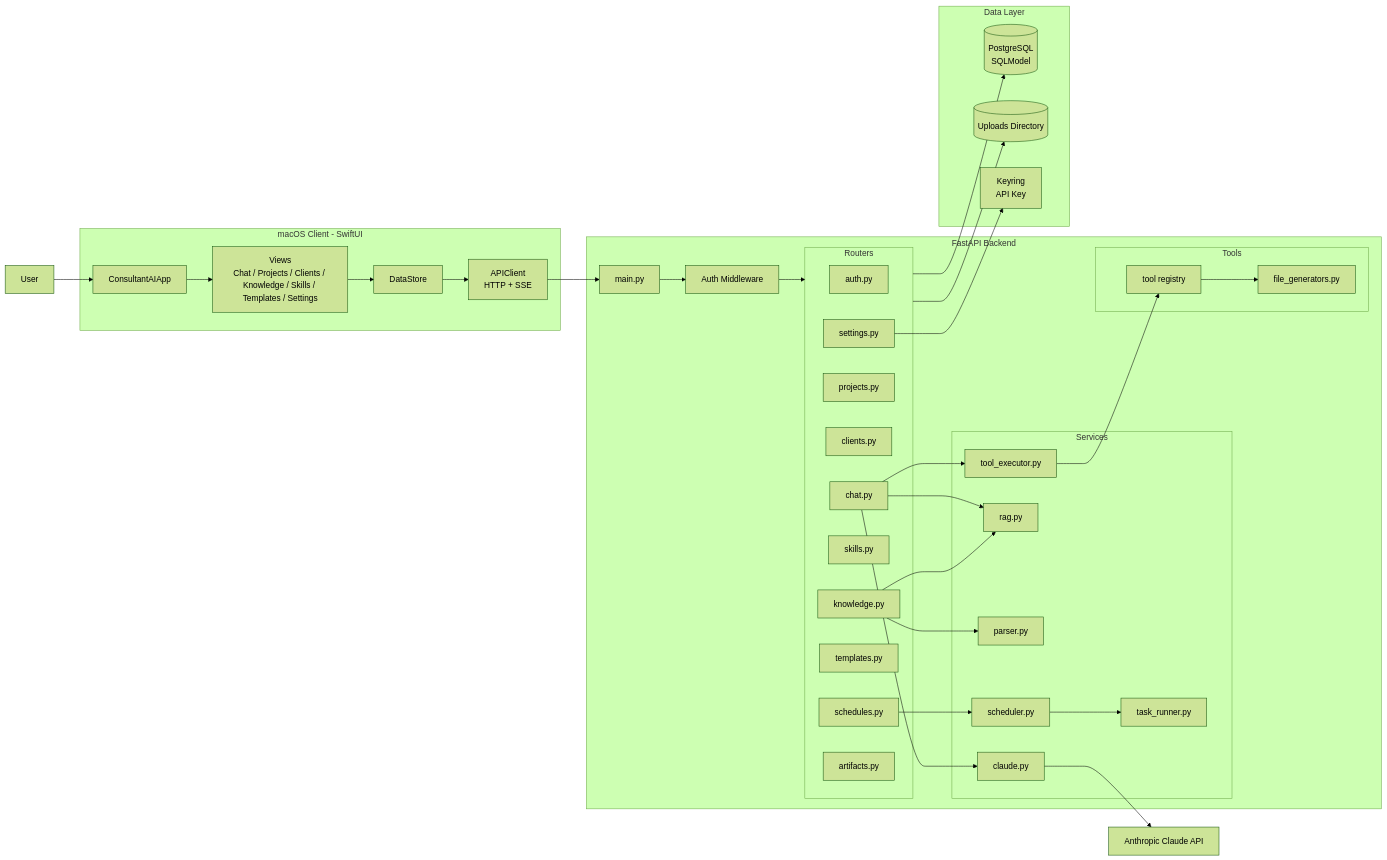
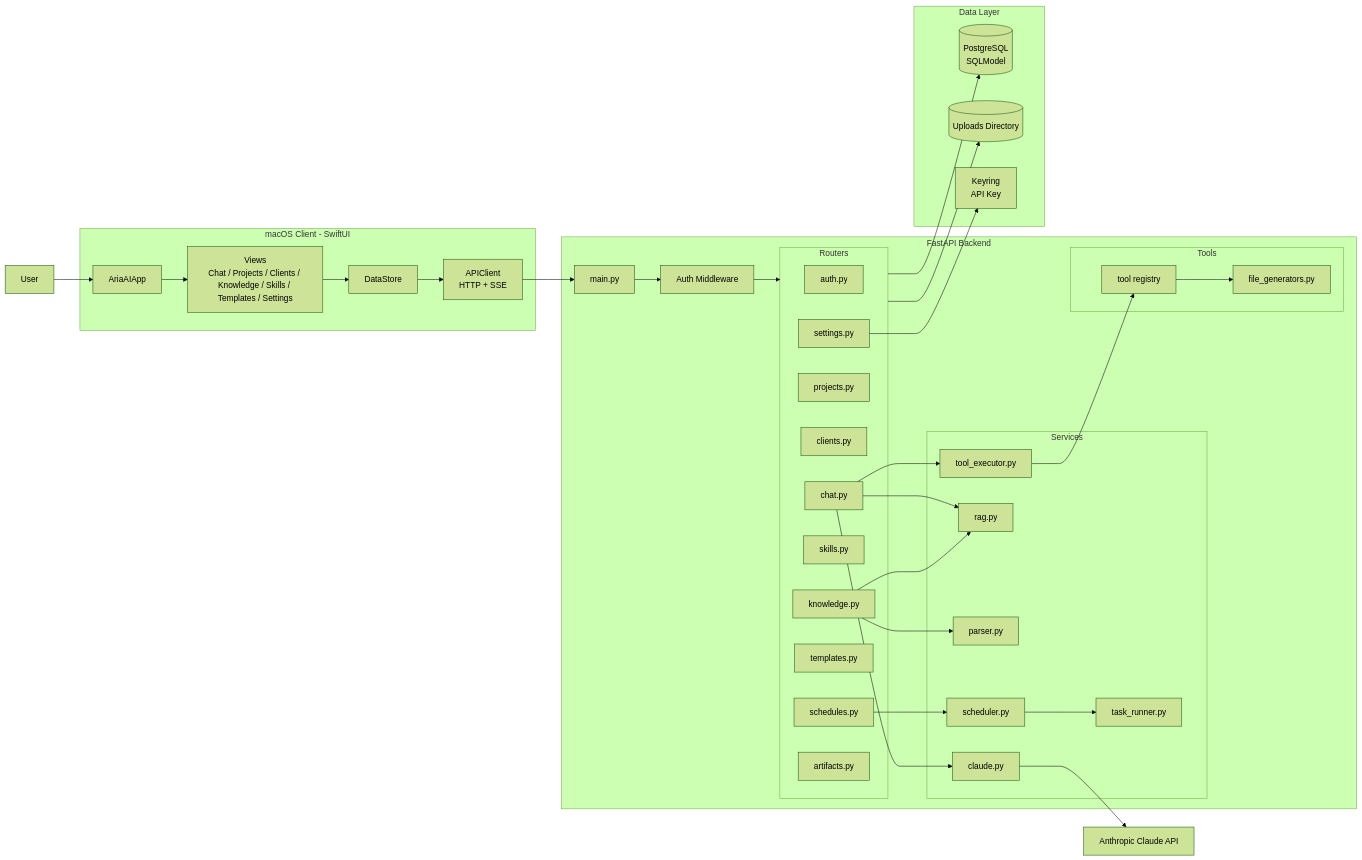
Before and after one commit to guoliang1114-boop/AriaAI: the first of 7 diagrams in docs/06-当前架构图.md, drawn with Mermaid (forest theme). The commit also changed other lines of this file and 135 other files, not shown here.

Commit message:
refactor: rename ConsultantAI to AriaAI

````diff
--- a/docs/06-当前架构图.md
+++ b/docs/06-当前架构图.md
@@ -10,78 +10,78 @@
 ```mermaid
 flowchart LR
     U[User]
 
     subgraph FE[macOS Client - SwiftUI]
-        APP[ConsultantAIApp]
+        APP[AriaAIApp]
         VIEWS[Views\nChat / Projects / Clients / Knowledge / Skills / Templates / Settings]
         STORE[DataStore]
         API[APIClient\nHTTP + SSE]
     end
 
     subgraph BE[FastAPI Backend]
         MAIN[main.py]
         AUTHMW[Auth Middleware]
 
         subgraph ROUTERS[Routers]
             R_AUTH[auth.py]
             R_CHAT[chat.py]
             R_PROJECTS[projects.py]
             R_CLIENTS[clients.py]
             R_KNOWLEDGE[knowledge.py]
             R_SKILLS[skills.py]
             R_SCHEDULES[schedules.py]
             R_TEMPLATES[templates.py]
             R_SETTINGS[settings.py]
             R_ARTIFACTS[artifacts.py]
         end
 
         subgraph SERVICES[Services]
             S_CLAUDE[claude.py]
             S_RAG[rag.py]
             S_PARSER[parser.py]
             S_TOOL_EXEC[tool_executor.py]
             S_TASK[task_runner.py]
             S_SCHED[scheduler.py]
         end
 
         subgraph TOOLS[Tools]
             T_FILES[file_generators.py]
             T_REG[tool registry]
         end
     end
 
     subgraph DATA[Data Layer]
         DB[(PostgreSQL\nSQLModel)]
         UPLOADS[(Uploads Directory)]
         KEYRING[Keyring\nAPI Key]
     end
 
     EXT[Anthropic Claude API]
 
     U --> APP
     APP --> VIEWS
     VIEWS --> STORE
     STORE --> API
     API --> MAIN
     MAIN --> AUTHMW
     AUTHMW --> ROUTERS
 
     R_CHAT --> S_CLAUDE
     R_CHAT --> S_RAG
     R_CHAT --> S_TOOL_EXEC
 
     R_KNOWLEDGE --> S_PARSER
     R_KNOWLEDGE --> S_RAG
 
     R_SCHEDULES --> S_SCHED
     S_SCHED --> S_TASK
 
     S_TOOL_EXEC --> T_REG
     T_REG --> T_FILES
 
     ROUTERS --> DB
     ROUTERS --> UPLOADS
     R_SETTINGS --> KEYRING
 
     S_CLAUDE --> EXT
 ```
````
